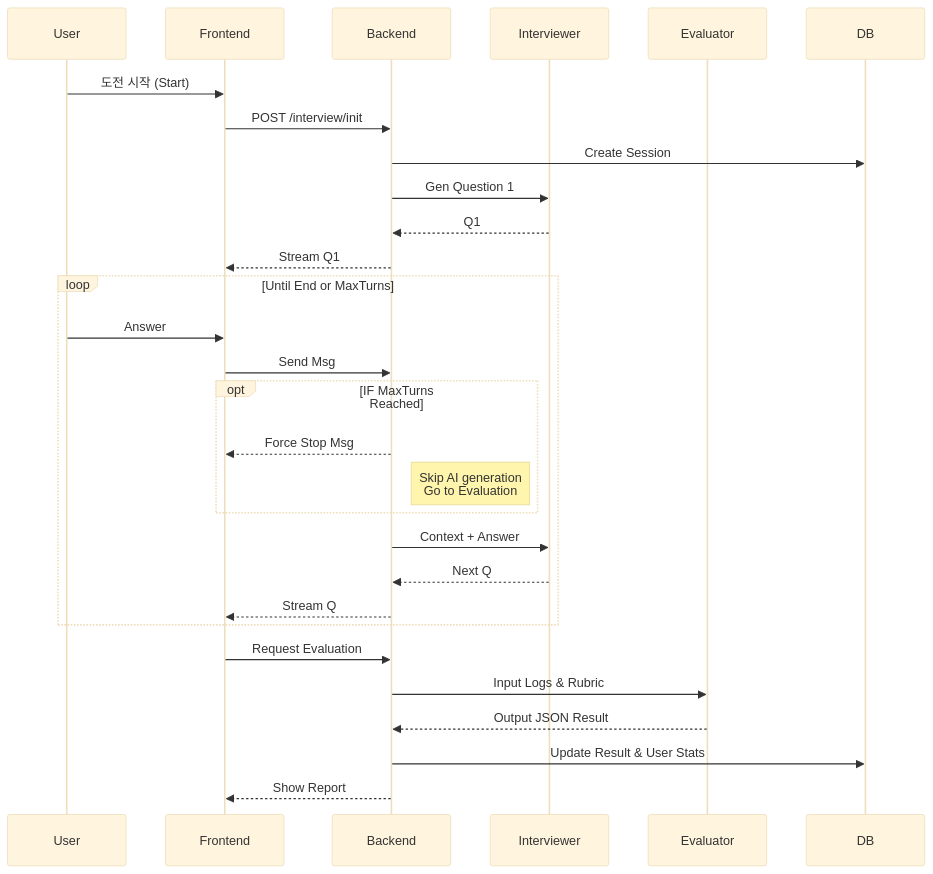
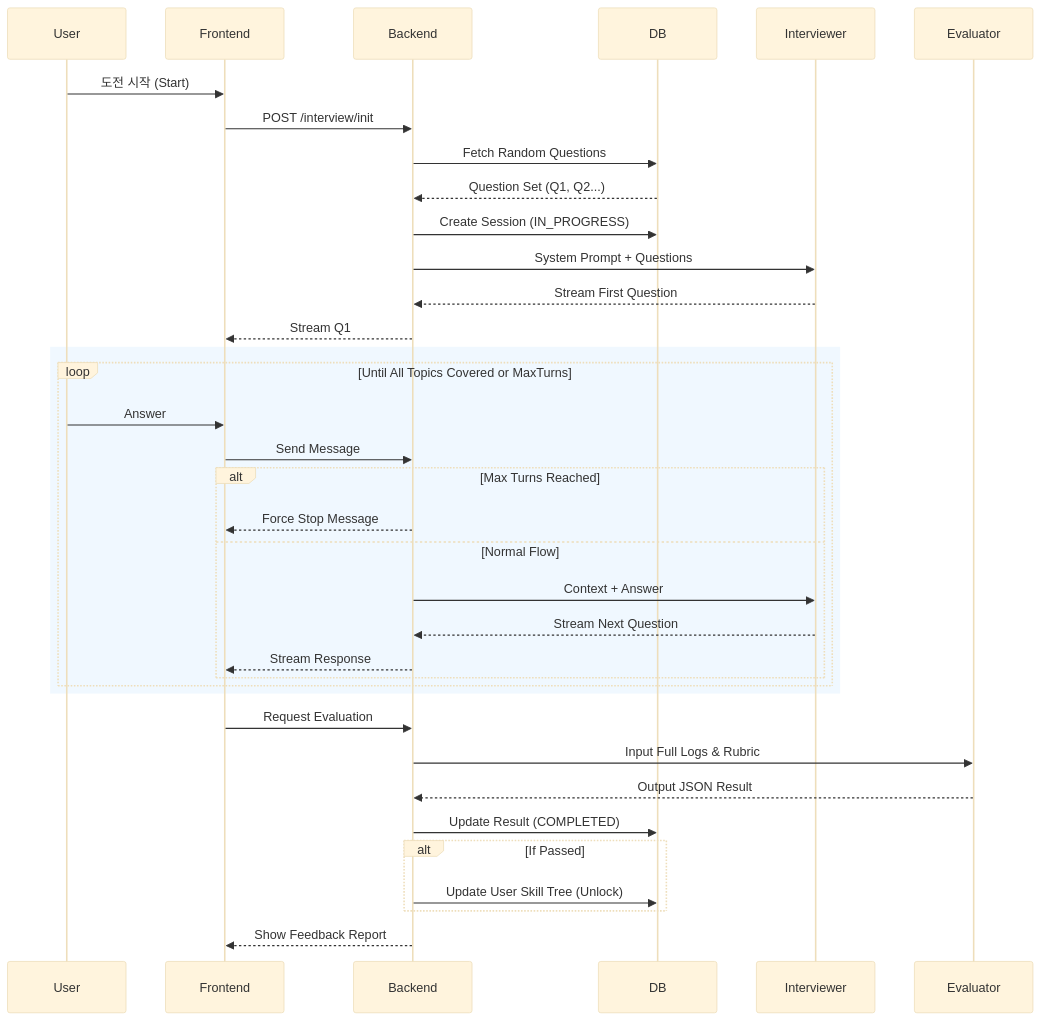
Before and after one commit to haebo9/ai_techtree_project: the diagram in docs/2_design/agent_workflow.md, drawn with Mermaid (base theme). The commit also changed other lines of this file, not shown here.

Commit message:
docs: refine agent workflow documentation ; 가독성 개선 및 여백 추가

````diff
--- a/docs/2_design/agent_workflow.md
+++ b/docs/2_design/agent_workflow.md
@@ -114,37 +114,49 @@
 ```mermaid
 sequenceDiagram
     participant User
     participant Frontend
     participant Backend
-    participant Interviewer as Interviewer
-    participant Evaluator as Evaluator
     participant DB
+    participant Interviewer
+    participant Evaluator
 
+    %% --- [Phase 1: Init] ---
     User->>Frontend: 도전 시작 (Start)
     Frontend->>Backend: POST /interview/init
-    Backend->>DB: Create Session
-    Backend->>Interviewer: Gen Question 1
-    Interviewer-->>Backend: Q1
+    
+    Backend->>DB: Fetch Random Questions
+    DB-->>Backend: Question Set (Q1, Q2...)
+    
+    Backend->>DB: Create Session (IN_PROGRESS)
+    Backend->>Interviewer: System Prompt + Questions
+    Interviewer-->>Backend: Stream First Question
     Backend-->>Frontend: Stream Q1
 
-    loop Until End or MaxTurns
-        User->>Frontend: Answer
-        Frontend->>Backend: Send Msg
-        
-        opt IF MaxTurns Reached
-            Backend-->>Frontend: Force Stop Msg
-            Note right of Backend: Skip AI generation<br/>Go to Evaluation
+    %% --- [Phase 2: Interactive Loop] ---
+    rect rgb(240, 248, 255)
+        loop Until All Topics Covered or MaxTurns
+            User->>Frontend: Answer
+            Frontend->>Backend: Send Message
+            
+            alt Max Turns Reached
+                Backend-->>Frontend: Force Stop Message
+            else Normal Flow
+                Backend->>Interviewer: Context + Answer
+                Interviewer-->>Backend: Stream Next Question
+                Backend-->>Frontend: Stream Response
+            end
         end
-        
-        Backend->>Interviewer: Context + Answer
-        Interviewer-->>Backend: Next Q
-        Backend-->>Frontend: Stream Q
     end
 
+    %% --- [Phase 3: Evaluation] ---
     Frontend->>Backend: Request Evaluation
-    Backend->>Evaluator: Input Logs & Rubric
+    Backend->>Evaluator: Input Full Logs & Rubric
     Evaluator-->>Backend: Output JSON Result
     
-    Backend->>DB: Update Result & User Stats
-    Backend-->>Frontend: Show Report
+    Backend->>DB: Update Result (COMPLETED)
+    alt If Passed
+        Backend->>DB: Update User Skill Tree (Unlock)
+    end
+    
+    Backend-->>Frontend: Show Feedback Report
 ```
````
